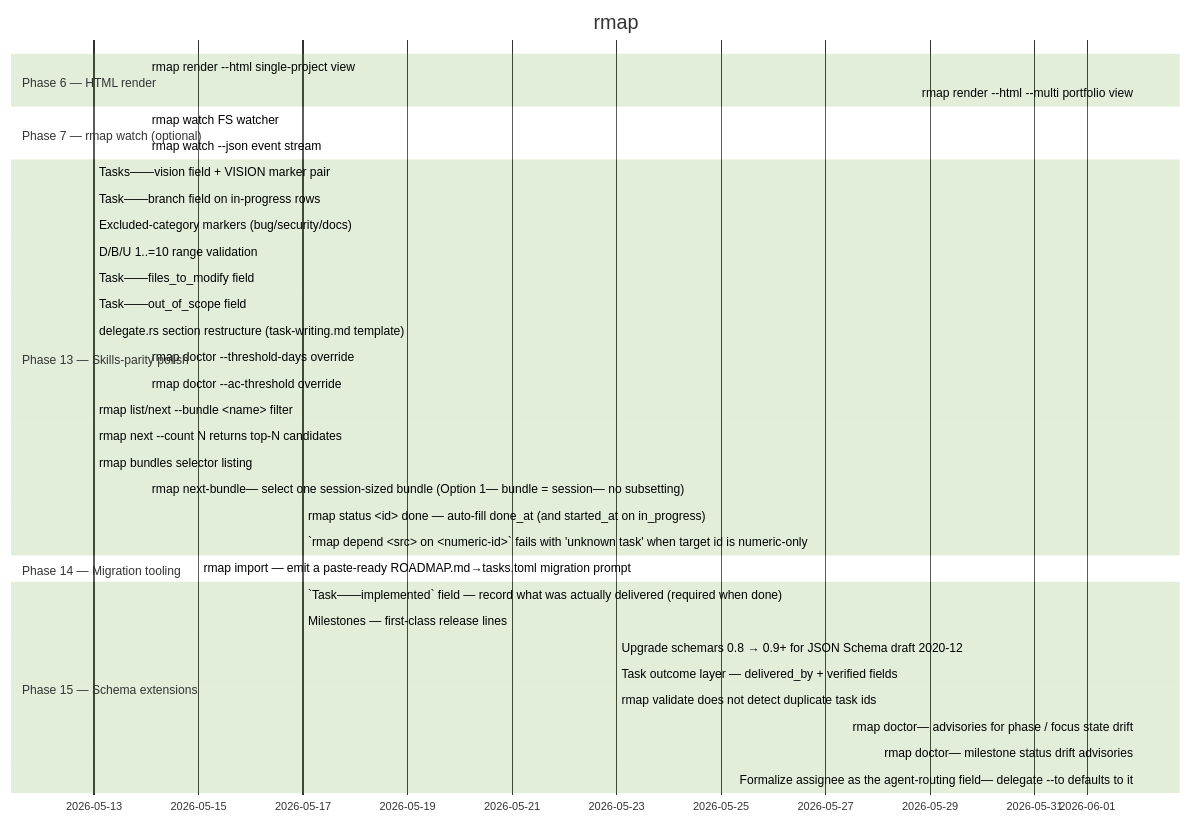
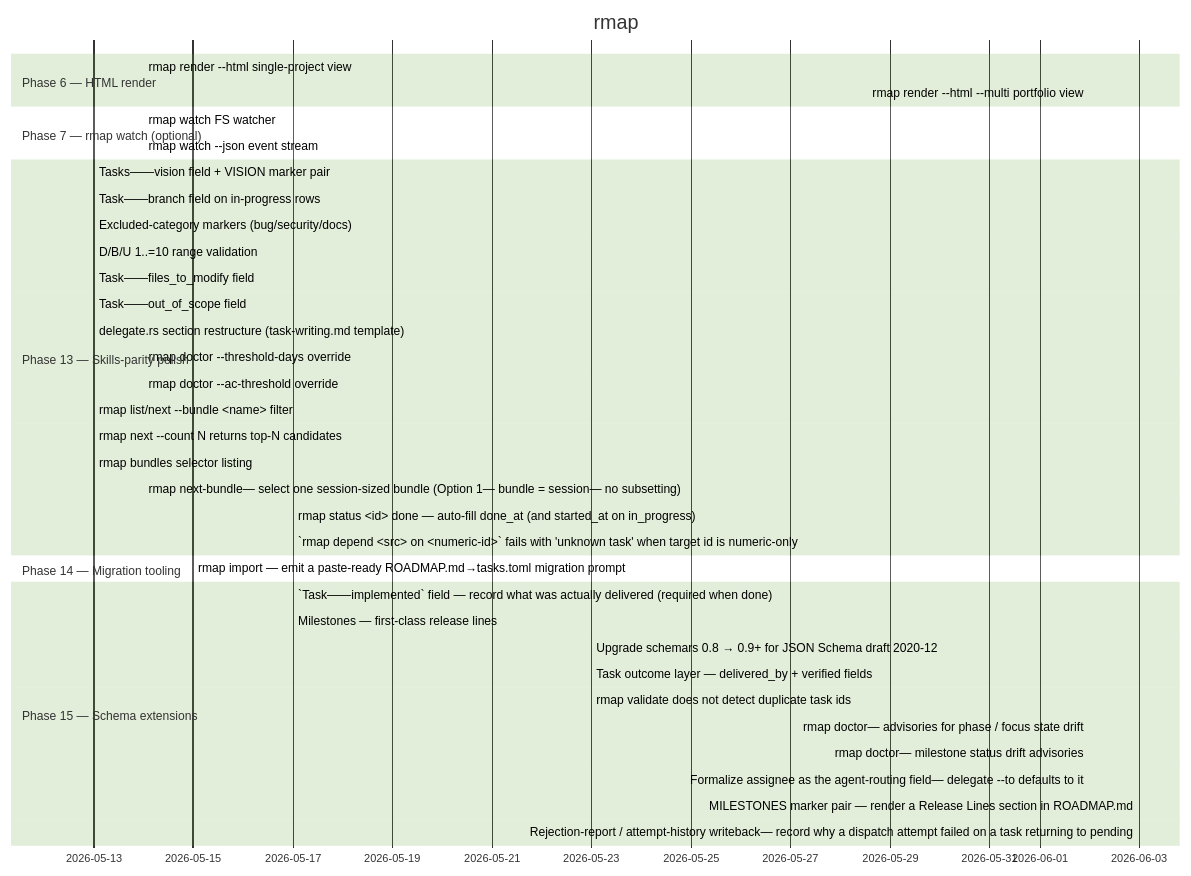
One commit to ZenHive/rmap changed the diagram in ROADMAP.md. Above: the diagram before and after it, drawn with Mermaid (forest theme). The commit also changed other lines of this file and 2 other files, not shown here.

Commit message:
roadmap: task 42 done --delivered-by claude --verified --shipped-in f589813 (attempt-history writeback, landed from harness run run-1780497009908)

````diff
--- a/ROADMAP.md
+++ b/ROADMAP.md
@@ -14,38 +14,40 @@
 ```mermaid
 gantt
     title rmap
     dateFormat YYYY-MM-DD
     section Phase 6 — HTML render
     rmap render --html single-project view :done, 2026-05-14, 2026-05-14
     rmap render --html --multi portfolio view :done, 2026-06-02, 2026-06-02
     section Phase 7 — rmap watch (optional)
     rmap watch FS watcher :done, 2026-05-14, 2026-05-14
     rmap watch --json event stream :done, 2026-05-14, 2026-05-14
     section Phase 13 — Skills-parity polish
     Tasks——vision field + VISION marker pair :done, 2026-05-13, 2026-05-13
     Task——branch field on in-progress rows :done, 2026-05-13, 2026-05-13
     Excluded-category markers (bug/security/docs) :done, 2026-05-13, 2026-05-13
     D/B/U 1..=10 range validation :done, 2026-05-13, 2026-05-13
     Task——files_to_modify field :done, 2026-05-13, 2026-05-13
     Task——out_of_scope field :done, 2026-05-13, 2026-05-13
     delegate.rs section restructure (task-writing.md template) :done, 2026-05-13, 2026-05-13
     rmap doctor --threshold-days override :done, 2026-05-14, 2026-05-14
     rmap doctor --ac-threshold override :done, 2026-05-14, 2026-05-14
     rmap list/next --bundle <name> filter :done, 2026-05-13, 2026-05-13
     rmap next --count N returns top-N candidates :done, 2026-05-13, 2026-05-13
     rmap bundles selector listing :done, 2026-05-13, 2026-05-13
     rmap next-bundle— select one session-sized bundle (Option 1— bundle = session— no subsetting) :done, 2026-05-14, 2026-05-14
     rmap status <id> done — auto-fill done_at (and started_at on in_progress) :done, 2026-05-17, 2026-05-17
     `rmap depend <src> on <numeric-id>` fails with 'unknown task' when target id is numeric-only :done, 2026-05-17, 2026-05-17
     section Phase 14 — Migration tooling
     rmap import — emit a paste-ready ROADMAP.md→tasks.toml migration prompt :done, 2026-05-15, 2026-05-15
     section Phase 15 — Schema extensions
     `Task——implemented` field — record what was actually delivered (required when done) :done, 2026-05-17, 2026-05-17
     Milestones — first-class release lines :done, 2026-05-17, 2026-05-17
     Upgrade schemars 0.8 → 0.9+ for JSON Schema draft 2020-12 :done, 2026-05-23, 2026-05-23
     Task outcome layer — delivered_by + verified fields :done, 2026-05-23, 2026-05-23
     rmap validate does not detect duplicate task ids :done, 2026-05-23, 2026-05-23
     rmap doctor— advisories for phase / focus state drift :done, 2026-06-02, 2026-06-02
     rmap doctor— milestone status drift advisories :done, 2026-06-02, 2026-06-02
     Formalize assignee as the agent-routing field— delegate --to defaults to it :done, 2026-06-02, 2026-06-02
+    MILESTONES marker pair — render a Release Lines section in ROADMAP.md :done, 2026-06-03, 2026-06-03
+    Rejection-report / attempt-history writeback— record why a dispatch attempt failed on a task returning to pending :done, 2026-06-03, 2026-06-03
 ```
````
